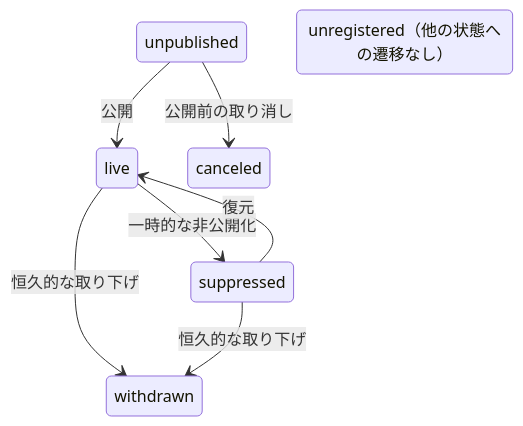
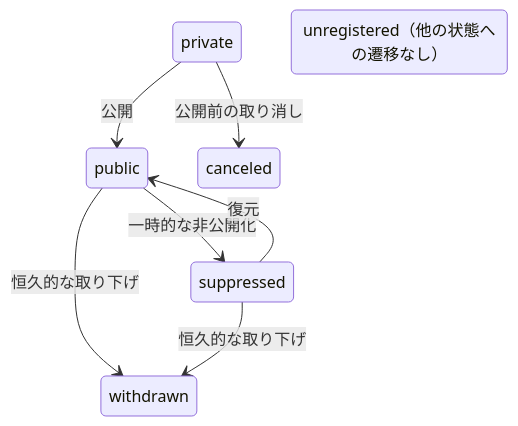
One commit to ddbj/record-idm changed the diagram in docs/record-status.md. Above: the diagram before and after it, drawn with Mermaid. The commit also changed other lines of this file and 2 other files, not shown here.

Commit message:
Rename record_status values from unpublished/live to private/public for INSDC alignment

````diff
--- a/docs/record-status.md
+++ b/docs/record-status.md
@@ -48,11 +48,11 @@
 ```mermaid
 stateDiagram-v2
-    unpublished --> live: 公開
-    live --> suppressed: 一時的な非公開化
-    suppressed --> live: 復元
-    live --> withdrawn: 恒久的な取り下げ
+    private --> public: 公開
+    public --> suppressed: 一時的な非公開化
+    suppressed --> public: 復元
+    public --> withdrawn: 恒久的な取り下げ
     suppressed --> withdrawn: 恒久的な取り下げ
-    unpublished --> canceled: 公開前の取り消し
+    private --> canceled: 公開前の取り消し
 
     unregistered: unregistered（他の状態への遷移なし）
 ```
````
